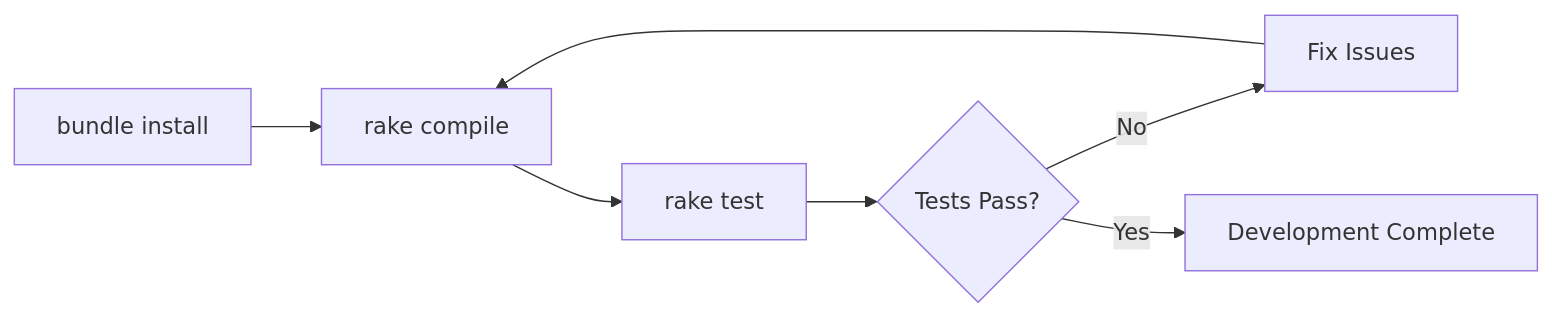
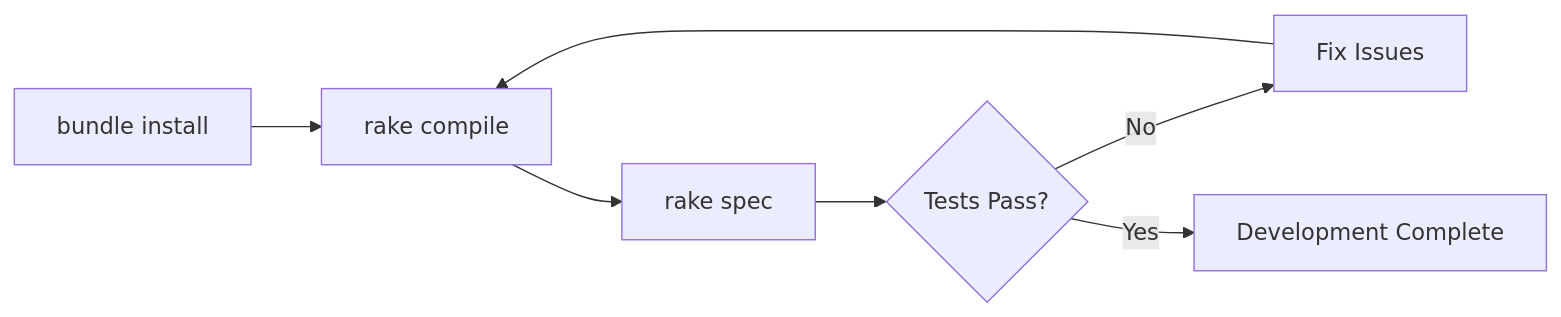
One commit to assaydepot/red-candle changed the fourth of 5 diagrams in CLAUDE.md. Above: the diagram before and after it, drawn with Mermaid. The commit also changed other lines of this file and 3 other files, not shown here.

````diff
--- a/CLAUDE.md
+++ b/CLAUDE.md
@@ -286,9 +299,9 @@
 ```mermaid
 graph LR
     A[bundle install] --> B[rake compile]
-    B --> C[rake test]
+    B --> C[rake spec]
     C --> D{Tests Pass?}
     D -->|No| E[Fix Issues]
     E --> B
     D -->|Yes| F[Development Complete]
 ```
````
